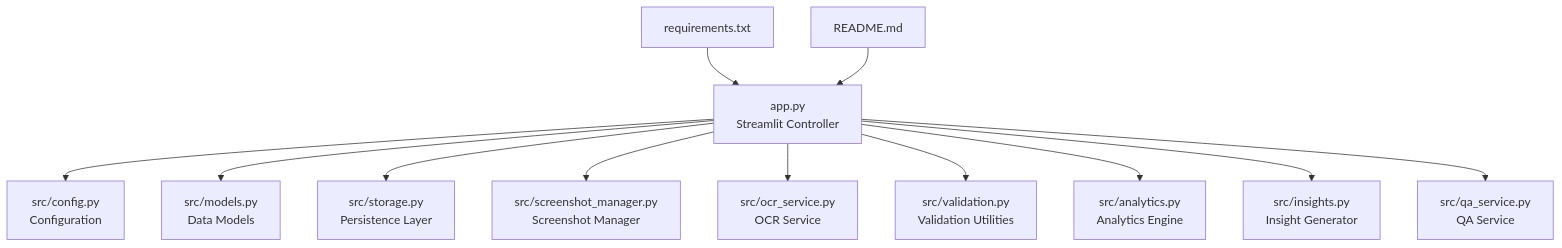
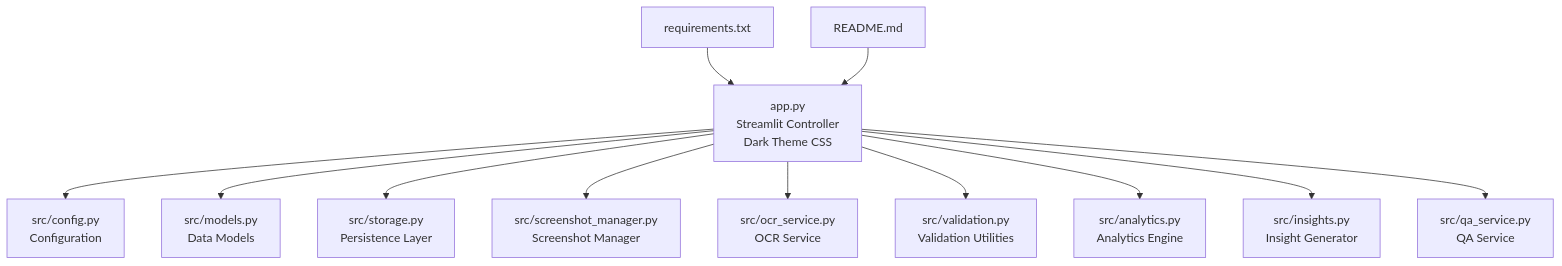
The first of 12 diagrams in .qoder/repowiki/en/content/Core Components/Application Controller.md (Johnny22056/SwimingStatus), drawn with Mermaid before and after one commit. The commit also changed other lines of this file and 5 other files, not shown here.

First line of the commit message:
feat: chart/PB UI polish, Gap to NM column, meet course override

````diff
--- a/.qoder/repowiki/en/content/Core Components/Application Controller.md
+++ b/.qoder/repowiki/en/content/Core Components/Application Controller.md
@@ -61,14 +62,14 @@
 ```mermaid
 graph TB
-A["app.py<br/>Streamlit Controller"] --> B["src/config.py<br/>Configuration"]
+A["app.py<br/>Streamlit Controller<br/>Dark Theme CSS"] --> B["src/config.py<br/>Configuration"]
 A --> C["src/models.py<br/>Data Models"]
 A --> D["src/storage.py<br/>Persistence Layer"]
 A --> E["src/screenshot_manager.py<br/>Screenshot Manager"]
 A --> F["src/ocr_service.py<br/>OCR Service"]
 A --> G["src/validation.py<br/>Validation Utilities"]
 A --> H["src/analytics.py<br/>Analytics Engine"]
 A --> I["src/insights.py<br/>Insight Generator"]
 A --> J["src/qa_service.py<br/>QA Service"]
 K["requirements.txt"] --> A
 L["README.md"] --> A
 ```
````
